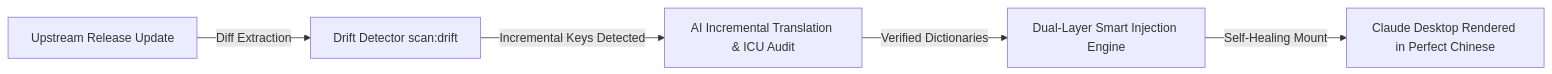
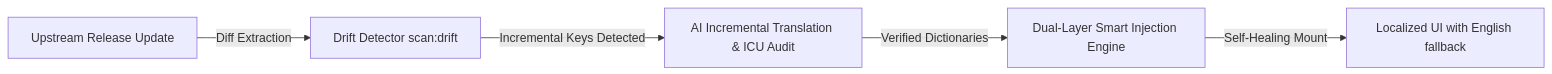
One commit to yiheng8023/claude-chinese changed the diagram in README.en.md. Above: the diagram before and after it, drawn with Mermaid. The commit also changed other lines of this file and 37 other files, not shown here.

Commit message:
fix: align localization with Claude Desktop 4.4212

````diff
--- a/README.en.md
+++ b/README.en.md
@@ -158,7 +145,7 @@
 ```mermaid
 flowchart LR
     A[Upstream Release Update] -->|Diff Extraction| B[Drift Detector scan:drift]
     B -->|Incremental Keys Detected| C[AI Incremental Translation & ICU Audit]
     C -->|Verified Dictionaries| D[Dual-Layer Smart Injection Engine]
-    D -->|Self-Healing Mount| E[Claude Desktop Rendered in Perfect Chinese]
+    D -->|Self-Healing Mount| E[Localized UI with English fallback]
 ```
````
